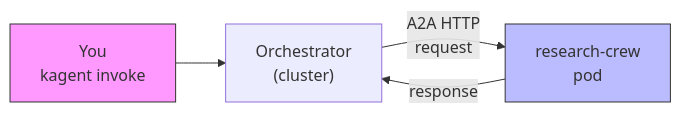
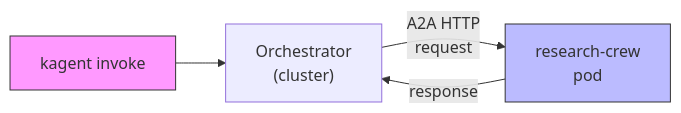
Before and after one commit to adnazujolakisic/kagent-mirrord: the first of 2 diagrams in README.md, drawn with Mermaid. The commit also changed other lines of this file, not shown here.

````diff
--- a/README.md
+++ b/README.md
@@ -59,8 +49,8 @@
 ```mermaid
 graph LR
-    U["You<br/>kagent invoke"] --> O["Orchestrator<br/>(cluster)"]
+    U["kagent invoke"] --> O["Orchestrator<br/>(cluster)"]
     O -->|"A2A HTTP<br/>request"| RC["research-crew<br/>pod"]
     RC -->|response| O
     style U fill:#f9f,stroke:#333
     style RC fill:#bbf,stroke:#333
 ```
````
